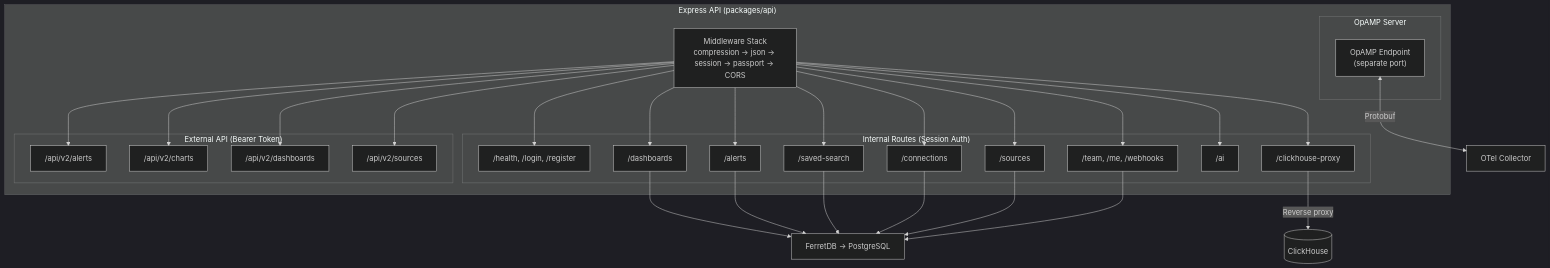
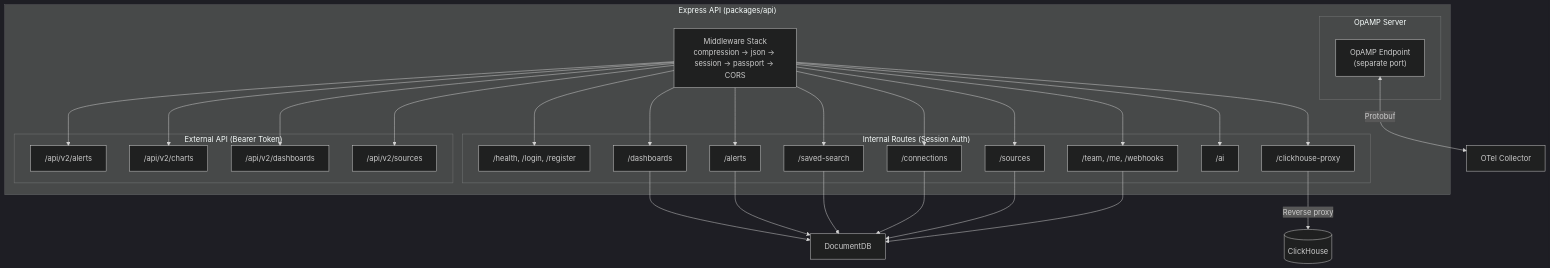
The first of 2 diagrams in docs/architecture/backend.md (hyperi-io/dfe-hyperdx), drawn with Mermaid (dark theme) before and after one commit. The commit also changed other lines of this file and 15 other files, not shown here.

````diff
--- a/docs/architecture/backend.md
+++ b/docs/architecture/backend.md
@@ -8,36 +8,36 @@
 ```mermaid
 flowchart TB
     subgraph Express_API_packages_api["Express API (packages/api)"]
         MW["Middleware Stack<br/>compression -> json -> session -> passport -> CORS"]
 
         subgraph Internal_Routes_Session_Auth["Internal Routes (Session Auth)"]
             R1["/health, /login, /register"]
             R2["/dashboards"]
             R3["/alerts"]
             R4["/saved-search"]
             R5["/connections"]
             R6["/sources"]
             R7["/clickhouse-proxy"]
             R8["/ai"]
             R9["/team, /me, /webhooks"]
         end
 
         subgraph External_API_Bearer_Token["External API (Bearer Token)"]
             E1["/api/v2/alerts"]
             E2["/api/v2/charts"]
             E3["/api/v2/dashboards"]
             E4["/api/v2/sources"]
         end
 
         subgraph OpAMP_Server["OpAMP Server"]
             OPAMP["OpAMP Endpoint<br/>(separate port)"]
         end
     end
 
     MW --> R1 & R2 & R3 & R4 & R5 & R6 & R7 & R8 & R9
     MW --> E1 & E2 & E3 & E4
 
     R7 -->|Reverse proxy| CH[(ClickHouse)]
-    R2 & R3 & R4 & R5 & R6 & R9 --> FERRET["FerretDB -> PostgreSQL"]
+    R2 & R3 & R4 & R5 & R6 & R9 --> DOCDB["DocumentDB"]
     OPAMP <-->|Protobuf| COLLECTOR["OTel Collector"]
 ```
````
